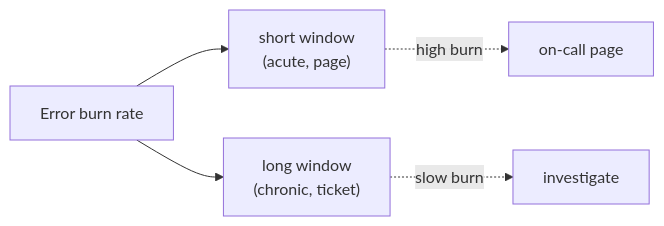
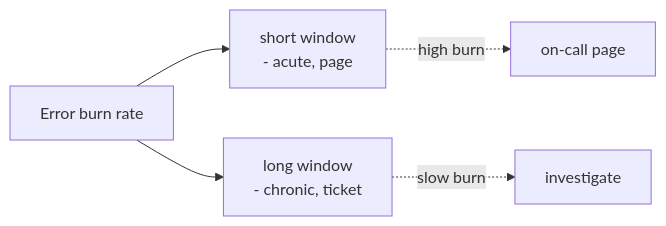
The second of 2 diagrams in docs/06-reliability/00-sli-slo-sla-error-budgets.md (RIT-MESH/system-design-mastery), drawn with Mermaid before and after one commit. The commit also changed other lines of this file and 139 other files, not shown here.

First line of the commit message:
Fix Mermaid parse errors: replace parentheses in node labels across 140 files

````diff
--- a/docs/06-reliability/00-sli-slo-sla-error-budgets.md
+++ b/docs/06-reliability/00-sli-slo-sla-error-budgets.md
@@ -42,8 +42,8 @@
 ```mermaid
 %% created-for: system-design-mastery
 flowchart LR
-  Burn["Error burn rate"] --> Short["short window<br/>(acute, page)"]
-  Burn --> Long["long window<br/>(chronic, ticket)"]
+  Burn["Error burn rate"] --> Short["short window<br/> - acute, page"]
+  Burn --> Long["long window<br/> - chronic, ticket"]
   Short -.high burn.-> Page["on-call page"]
   Long -.slow burn.-> Ticket["investigate"]
 ```
````
